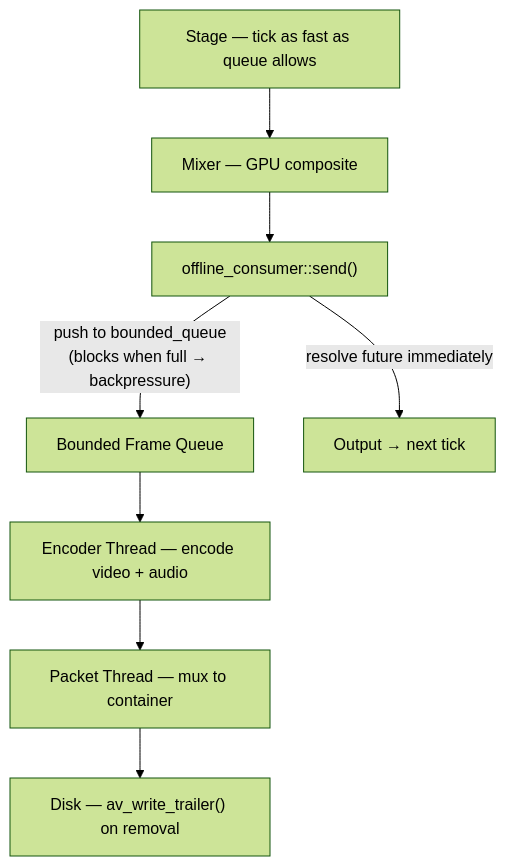
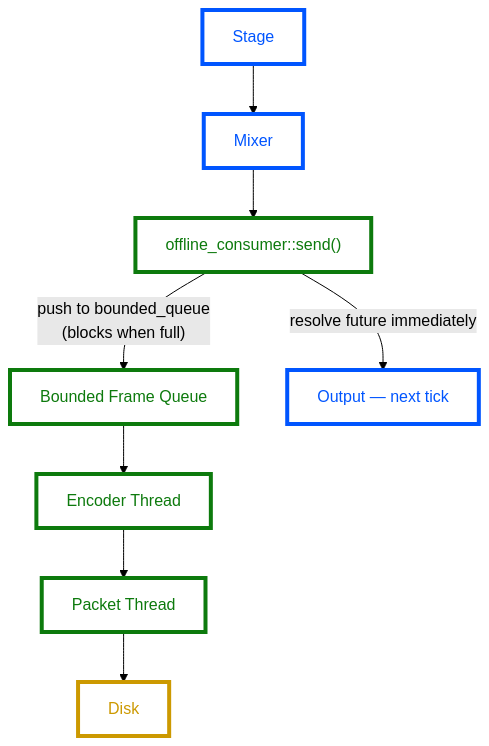
Before and after one commit to den-frie-vilje/casparCG: the eighth of 10 diagrams in docs/architecture.md, drawn with Mermaid (forest theme). The commit also changed other lines of this file, not shown here.

Commit message:
docs: style diagrams with blue, dark green, and golden yellow

````diff
--- a/docs/architecture.md
+++ b/docs/architecture.md
@@ -572,10 +616,14 @@
 ```mermaid
 flowchart TB
-    STAGE[Stage — tick as fast as queue allows] --> MIXER[Mixer — GPU composite]
-    MIXER --> SEND["offline_consumer::send()"]
-    SEND -->|"push to bounded_queue<br/>(blocks when full → backpressure)"| Q[Bounded Frame Queue]
-    SEND -->|"resolve future immediately"| OUTPUT[Output → next tick]
-    Q --> ENC[Encoder Thread — encode video + audio]
-    ENC --> MUX[Packet Thread — mux to container]
-    MUX --> DISK["Disk — av_write_trailer() on removal"]
+    classDef coreNode fill:#FFF,color:#0055FF,stroke:#0055FF,stroke-width:4px
+    classDef moduleNode fill:#FFF,color:#0D7A0D,stroke:#0D7A0D,stroke-width:4px
+    classDef diskNode fill:#FFF,color:#CC9900,stroke:#CC9900,stroke-width:4px
+
+    STAGE[Stage]:::coreNode --> MIXER[Mixer]:::coreNode
+    MIXER --> SEND["offline_consumer::send()"]:::moduleNode
+    SEND -->|"push to bounded_queue<br/>(blocks when full)"| Q[Bounded Frame Queue]:::moduleNode
+    SEND -->|"resolve future immediately"| OUTPUT[Output — next tick]:::coreNode
+    Q --> ENC[Encoder Thread]:::moduleNode
+    ENC --> MUX[Packet Thread]:::moduleNode
+    MUX --> DISK["Disk"]:::diskNode
 ```
````
